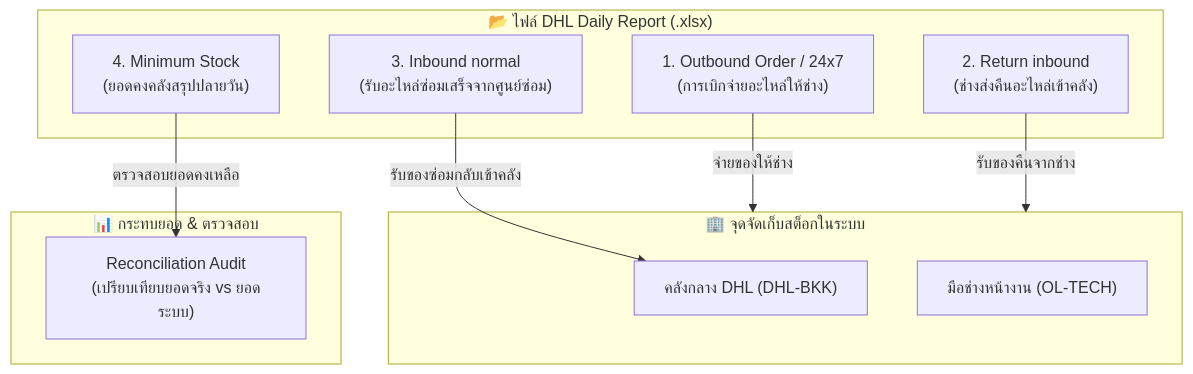
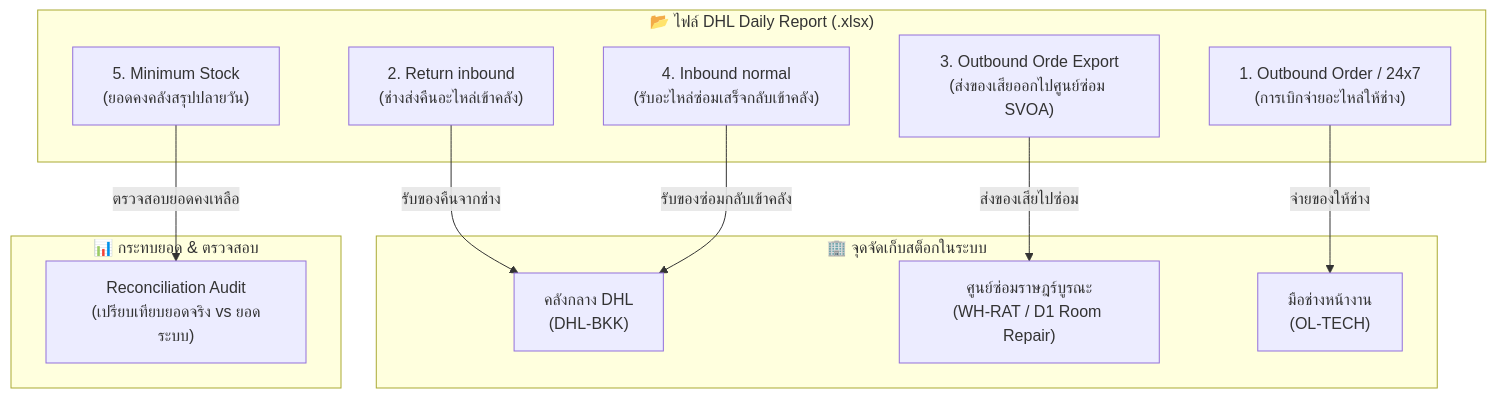
The diagram in DAILY_REPORT_DATA_MANAGEMENT.md (maytuchr-cell/ATM-Inventory-System), drawn with Mermaid before and after one commit. The commit also changed other lines of this file and 9 other files, not shown here.

First line of the commit message:
Add WH-RAT workflow for repair center integration

````diff
--- a/DAILY_REPORT_DATA_MANAGEMENT.md
+++ b/DAILY_REPORT_DATA_MANAGEMENT.md
@@ -11,23 +11,26 @@
 ```mermaid
 flowchart TD
     subgraph EXCEL["📂 ไฟล์ DHL Daily Report (.xlsx)"]
         S1["1. Outbound Order / 24x7<br/>(การเบิกจ่ายอะไหล่ให้ช่าง)"]
         S2["2. Return inbound<br/>(ช่างส่งคืนอะไหล่เข้าคลัง)"]
-        S3["3. Inbound normal<br/>(รับอะไหล่ซ่อมเสร็จจากศูนย์ซ่อม)"]
-        S4["4. Minimum Stock<br/>(ยอดคงคลังสรุปปลายวัน)"]
+        S3["3. Outbound Orde Export<br/>(ส่งของเสียออกไปศูนย์ซ่อม SVOA)"]
+        S4["4. Inbound normal<br/>(รับอะไหล่ซ่อมเสร็จกลับเข้าคลัง)"]
+        S5["5. Minimum Stock<br/>(ยอดคงคลังสรุปปลายวัน)"]
     end
 
     subgraph LOCATIONS["🏢 จุดจัดเก็บสต็อกในระบบ"]
-        MAIN["คลังกลาง DHL (DHL-BKK)"]
-        TECH["มือช่างหน้างาน (OL-TECH)"]
+        MAIN["คลังกลาง DHL<br/>(DHL-BKK)"]
+        RAT["ศูนย์ซ่อมราษฎร์บูรณะ<br/>(WH-RAT / D1 Room Repair)"]
+        TECH["มือช่างหน้างาน<br/>(OL-TECH)"]
     end
 
     subgraph AUDIT["📊 กระทบยอด & ตรวจสอบ"]
         RECON["Reconciliation Audit<br/>(เปรียบเทียบยอดจริง vs ยอดระบบ)"]
     end
 
-    S1 -->|"จ่ายของให้ช่าง"| LOCATIONS
-    S2 -->|"รับของคืนจากช่าง"| LOCATIONS
-    S3 -->|"รับของซ่อมกลับเข้าคลัง"| MAIN
-    S4 -->|"ตรวจสอบยอดคงเหลือ"| RECON
+    S1 -->|"จ่ายของให้ช่าง"| TECH
+    S2 -->|"รับของคืนจากช่าง"| MAIN
+    S3 -->|"ส่งของเสียไปซ่อม"| RAT
+    S4 -->|"รับของซ่อมกลับเข้าคลัง"| MAIN
+    S5 -->|"ตรวจสอบยอดคงเหลือ"| RECON
 ```
````
